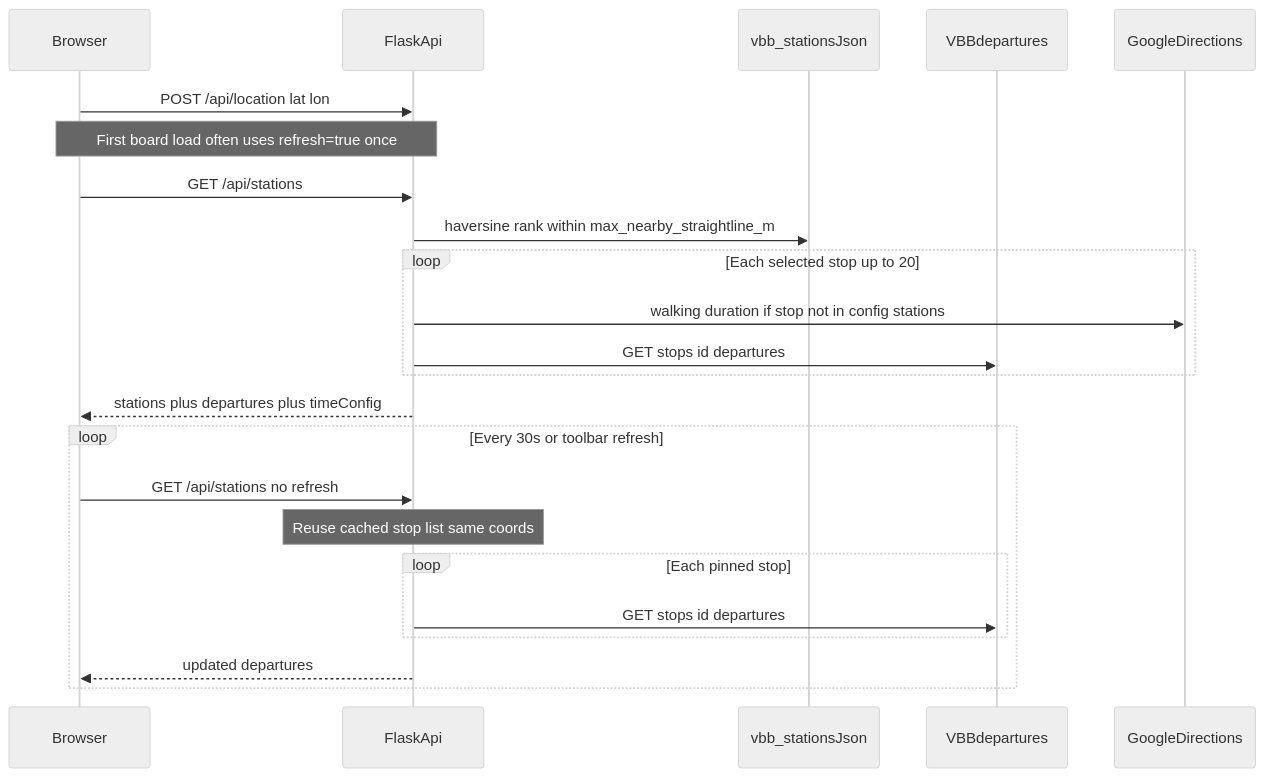
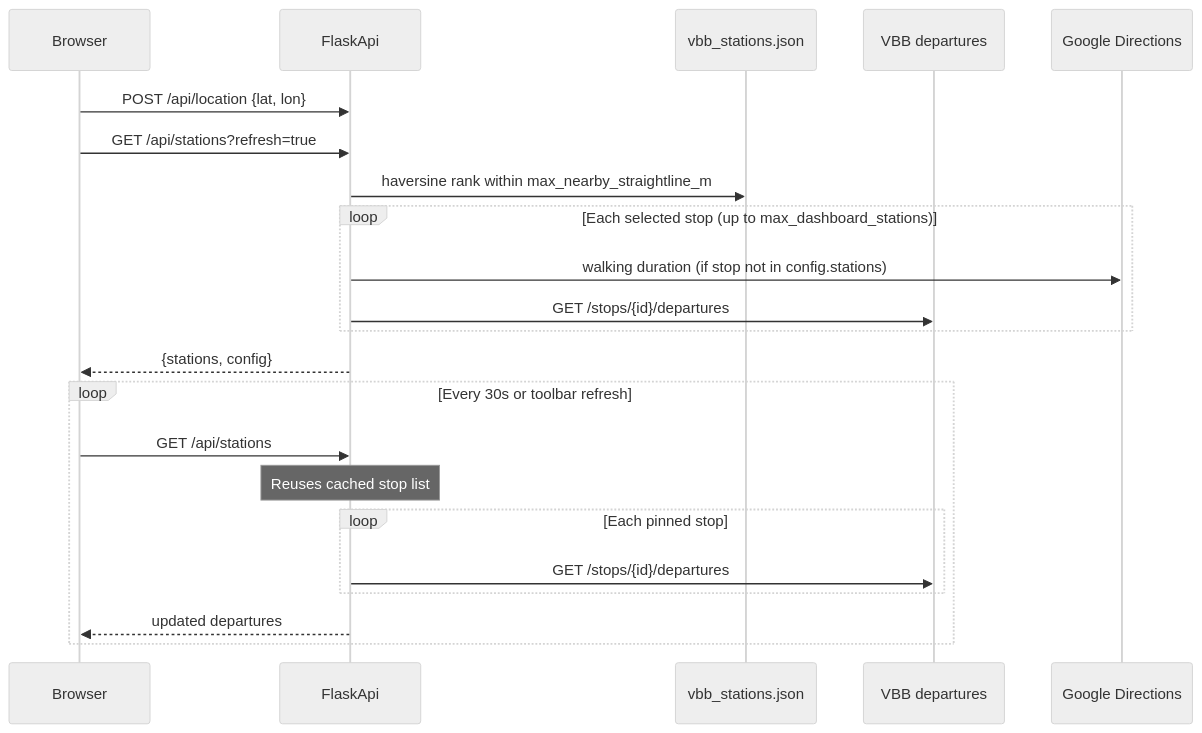
One commit to momonala/trainspotter changed the third of 3 diagrams in README.md. Above: the diagram before and after it, drawn with Mermaid (neutral theme). The commit also changed other lines of this file and 5 other files, not shown here.

````diff
--- a/README.md
+++ b/README.md
@@ -78,27 +122,26 @@
 ```mermaid
 sequenceDiagram
   participant Browser
   participant Flask as FlaskApi
-  participant Snapshot as vbb_stationsJson
-  participant VBB as VBBdepartures
-  participant GMaps as GoogleDirections
+  participant Snapshot as vbb_stations.json
+  participant VBB as VBB departures
+  participant GMaps as Google Directions
 
-  Browser->>Flask: POST /api/location lat lon
-  Note over Browser,Flask: First board load often uses refresh=true once
-  Browser->>Flask: GET /api/stations
+  Browser->>Flask: POST /api/location {lat, lon}
+  Browser->>Flask: GET /api/stations?refresh=true
   Flask->>Snapshot: haversine rank within max_nearby_straightline_m
-  loop Each selected stop up to 20
-    Flask->>GMaps: walking duration if stop not in config stations
-    Flask->>VBB: GET stops id departures
+  loop Each selected stop (up to max_dashboard_stations)
+    Flask->>GMaps: walking duration (if stop not in config.stations)
+    Flask->>VBB: GET /stops/{id}/departures
   end
-  Flask-->>Browser: stations plus departures plus timeConfig
+  Flask-->>Browser: {stations, config}
 
   loop Every 30s or toolbar refresh
-    Browser->>Flask: GET /api/stations no refresh
-    Note over Flask: Reuse cached stop list same coords
+    Browser->>Flask: GET /api/stations
+    Note over Flask: Reuses cached stop list
     loop Each pinned stop
-      Flask->>VBB: GET stops id departures
+      Flask->>VBB: GET /stops/{id}/departures
     end
     Flask-->>Browser: updated departures
   end
 ```
````
